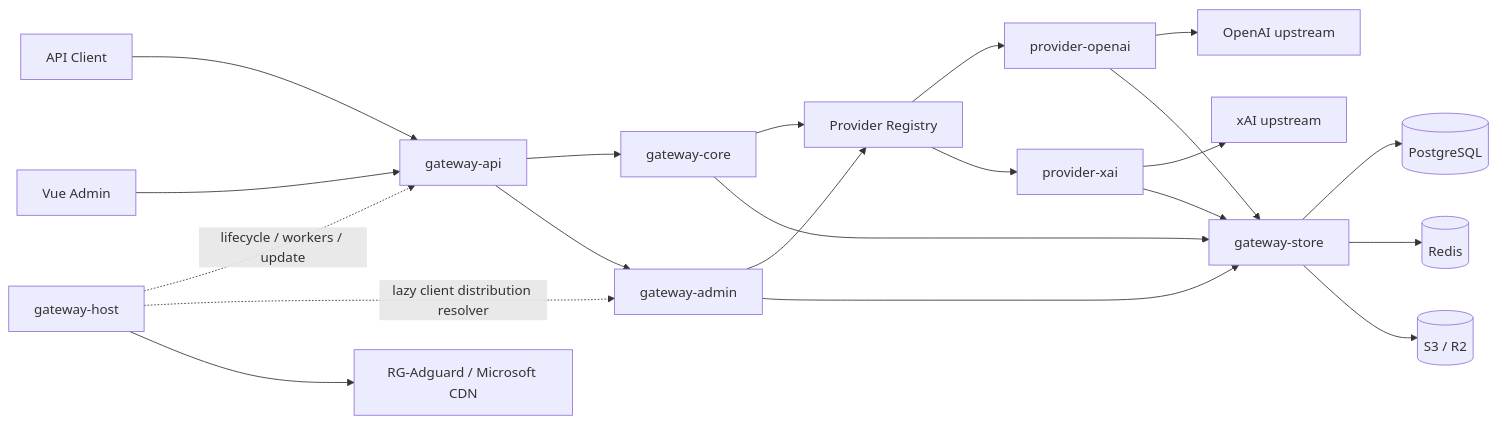
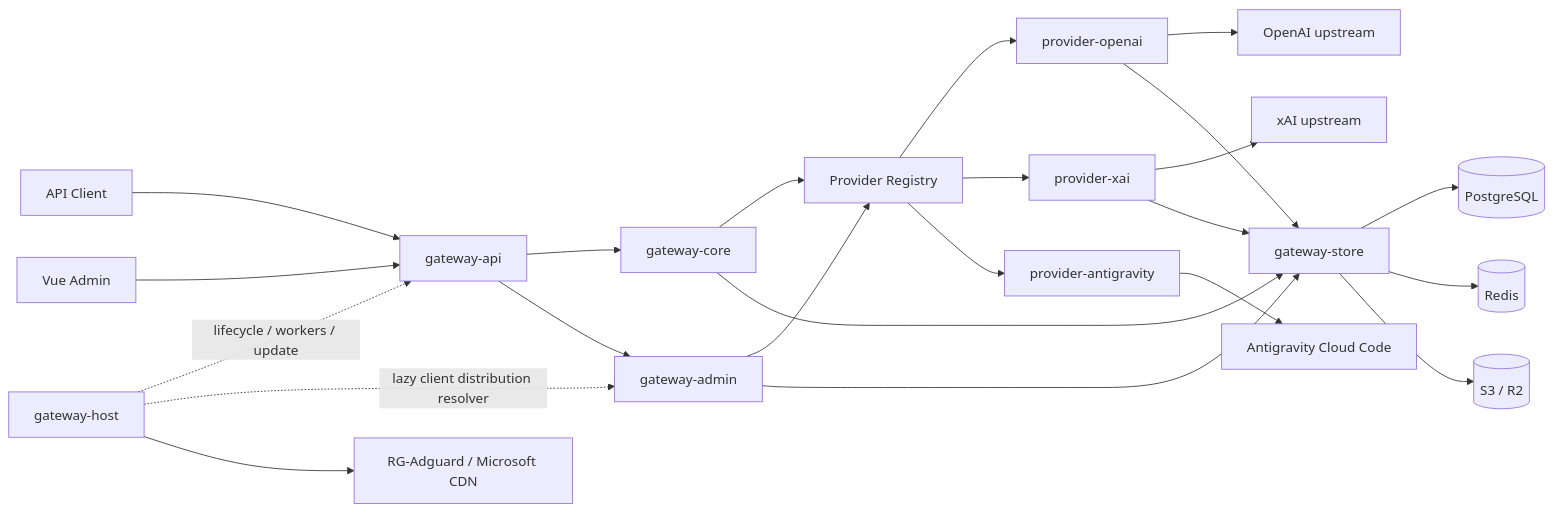
One commit to Const-Time/codex-proxy-rs changed the first of 2 diagrams in docs/architecture.md. Above: the diagram before and after it, drawn with Mermaid. The commit also changed other lines of this file and 271 other files, not shown here.

````diff
--- a/docs/architecture.md
+++ b/docs/architecture.md
@@ -22,27 +22,29 @@
 ```mermaid
 flowchart LR
   Client[API Client] --> API[gateway-api]
   Browser[Vue Admin] --> API
 
   API --> Core[gateway-core]
   API --> Admin[gateway-admin]
 
   Core --> Registry[Provider Registry]
   Admin --> Registry
   Registry --> OpenAI[provider-openai]
   Registry --> XAI[provider-xai]
+  Registry --> Antigravity[provider-antigravity]
   OpenAI --> OpenAIUpstream[OpenAI upstream]
   XAI --> XAIUpstream[xAI upstream]
+  Antigravity --> GenAIUpstream[Antigravity Cloud Code]
 
   Core --> Store[gateway-store]
   Admin --> Store
   OpenAI --> Store
   XAI --> Store
   Store --> PG[(PostgreSQL)]
   Store --> Redis[(Redis)]
   Store --> Object[(S3 / R2)]
 
   Host[gateway-host] -. lifecycle / workers / update .-> API
   Host -. lazy client distribution resolver .-> Admin
   Host --> StoreLinks[RG-Adguard / Microsoft CDN]
 ```
````
